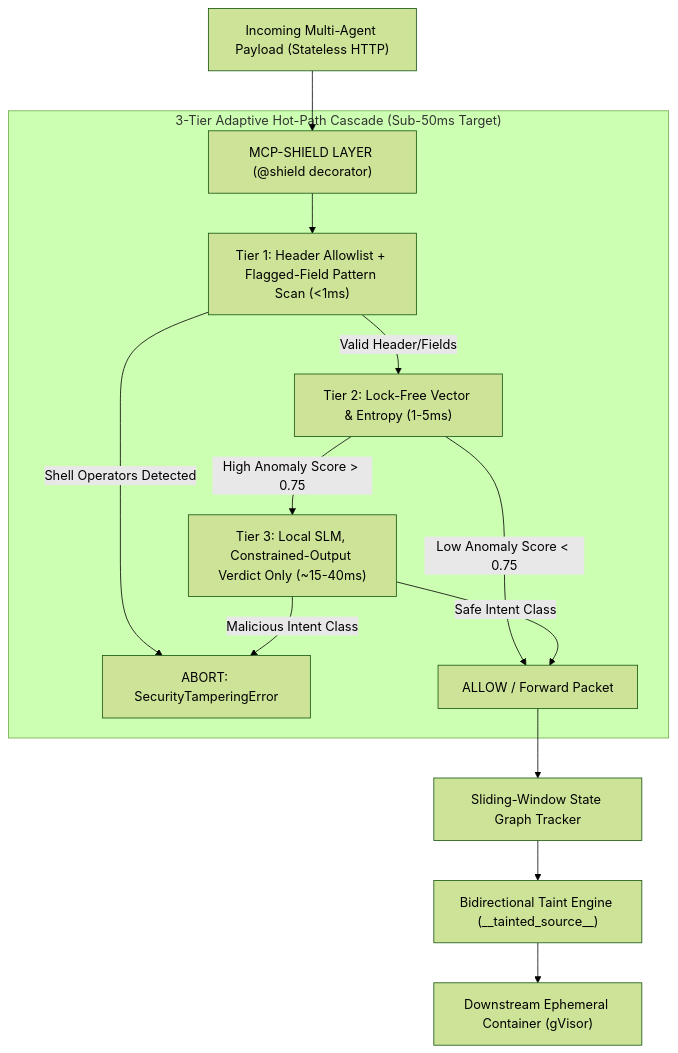
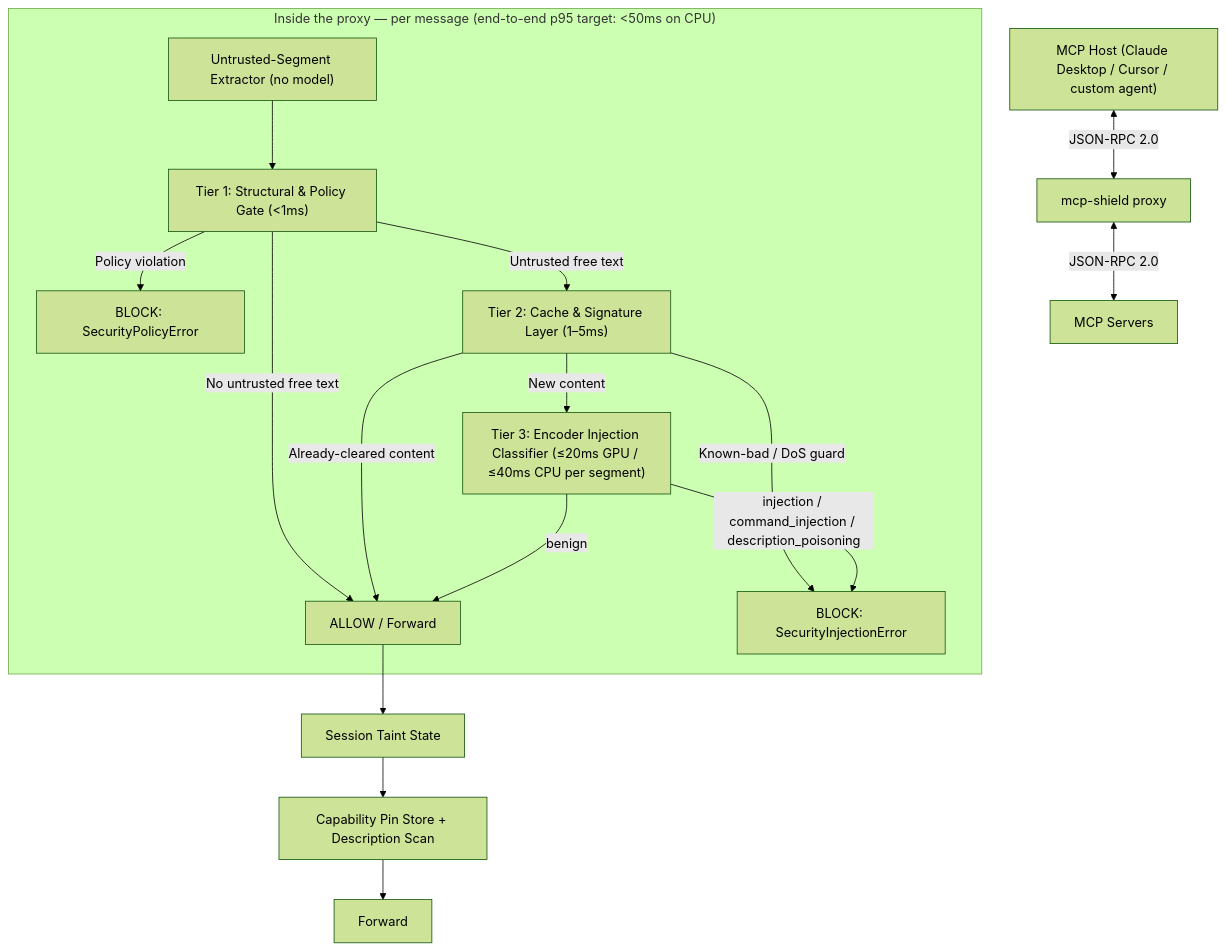
The first of 2 diagrams in README.md (rishikeshvarma/MCP-Shield), drawn with Mermaid (forest theme) before and after one commit. The commit also changed other lines of this file and 10 other files, not shown here.

````diff
--- a/README.md
+++ b/README.md
@@ -58,20 +57,19 @@
 ```mermaid
 graph TD
-    Payload["Incoming Multi-Agent Payload (Stateless HTTP)"] --> Decorator["MCP-SHIELD LAYER (@shield decorator)"]
-    
-    subgraph Cascade["3-Tier Adaptive Hot-Path Cascade (Sub-50ms Target)"]
-        Decorator --> T1["Tier 1: Header Allowlist + Flagged-Field Pattern Scan (<1ms)"]
-        T1 -->|Valid Header/Fields| T2["Tier 2: Lock-Free Vector & Entropy (1-5ms)"]
-        T1 -->|Shell Operators Detected| Deny["ABORT: SecurityTamperingError"]
-        
-        T2 -->|"Low Anomaly Score < 0.75"| Pass["ALLOW / Forward Packet"]
-        T2 -->|"High Anomaly Score > 0.75"| T3["Tier 3: Local SLM, Constrained-Output Verdict Only (~15-40ms)"]
-        
-        T3 -->|Malicious Intent Class| Deny
-        T3 -->|Safe Intent Class| Pass
+    Host["MCP Host (Claude Desktop / Cursor / custom agent)"] <-->|"JSON-RPC 2.0"| Proxy["mcp-shield proxy"]
+    Proxy <-->|"JSON-RPC 2.0"| Servers["MCP Servers"]
+
+    subgraph Cascade["Inside the proxy — per message (end-to-end p95 target: <50ms on CPU)"]
+        Ext["Untrusted-Segment Extractor (no model)"] --> T1["Tier 1: Structural & Policy Gate (<1ms)"]
+        T1 -->|"Policy violation"| Deny1["BLOCK: SecurityPolicyError"]
+        T1 -->|"No untrusted free text"| Pass["ALLOW / Forward"]
+        T1 -->|"Untrusted free text"| T2["Tier 2: Cache & Signature Layer (1–5ms)"]
+        T2 -->|"Already-cleared content"| Pass
+        T2 -->|"Known-bad / DoS guard"| Deny2["BLOCK: SecurityInjectionError"]
+        T2 -->|"New content"| T3["Tier 3: Encoder Injection Classifier (≤20ms GPU / ≤40ms CPU per segment)"]
+        T3 -->|"benign"| Pass
+        T3 -->|"injection / command_injection / description_poisoning"| Deny2
     end
-    
-    Pass --> StateTrack["Sliding-Window State Graph Tracker"]
-    StateTrack --> Taint["Bidirectional Taint Engine (__tainted_source__)"]
-    Taint --> Execution["Downstream Ephemeral Container (gVisor)"]
+
+    Pass --> Taint["Session Taint State"] --> Pin["Capability Pin Store + Description Scan"] --> Out["Forward"]
 ```
````
